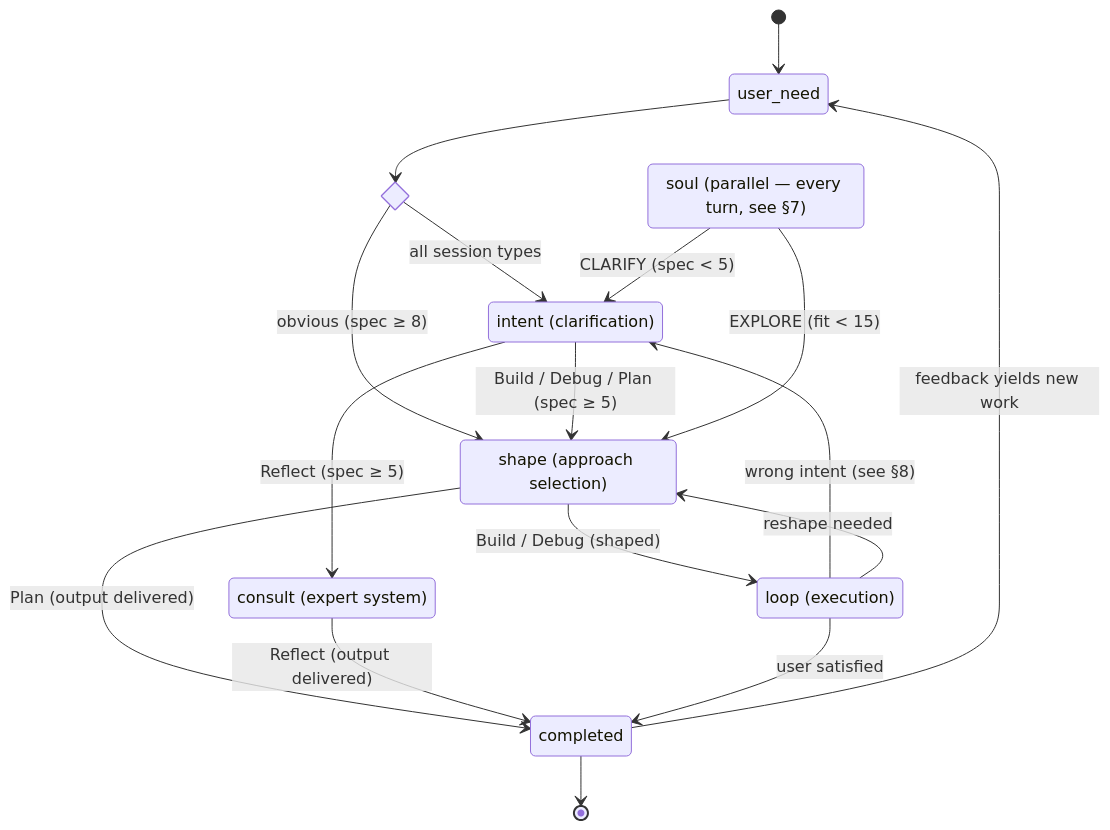
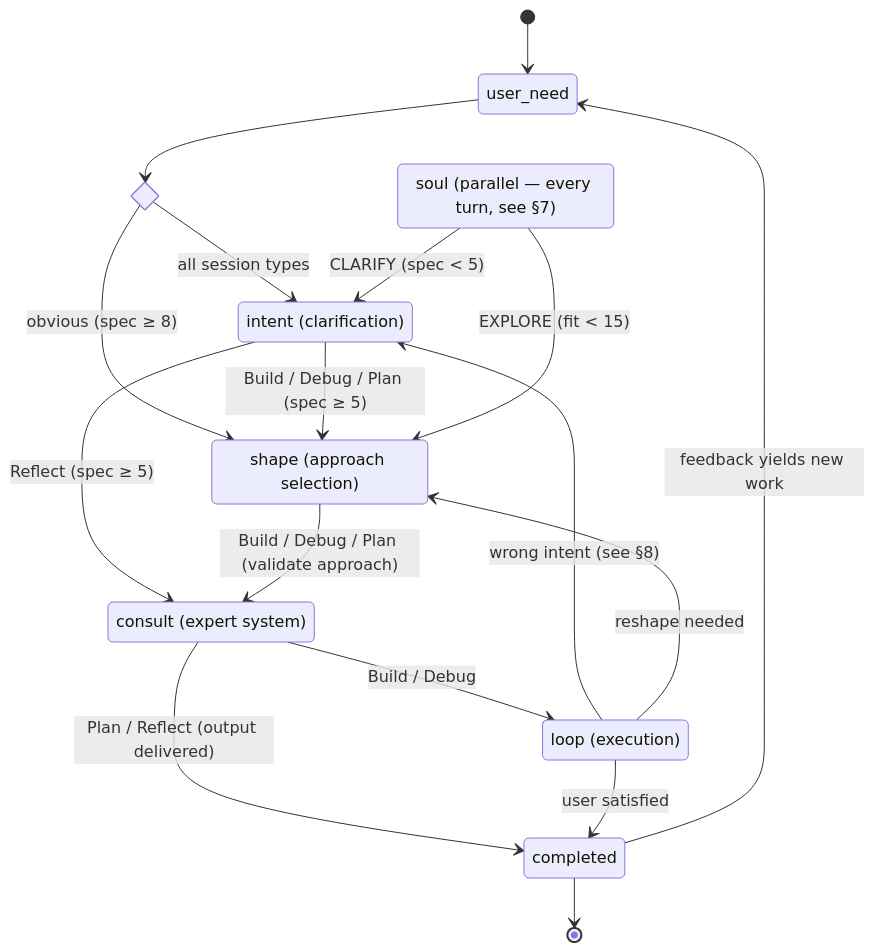
One commit to saadshahd/moo.md changed the first of 7 diagrams in docs/statechart.md. Above: the diagram before and after it, drawn with Mermaid. The commit also changed other lines of this file and 11 other files, not shown here.

````diff
--- a/docs/statechart.md
+++ b/docs/statechart.md
@@ -11,34 +11,34 @@
 ```mermaid
 stateDiagram-v2
   [*] --> user_need
 
   state "soul (parallel — every turn, see §7)" as soul
 
   state route <<choice>>
   user_need --> route
 
   state "intent (clarification)" as intent
   state "shape (approach selection)" as shape
   state "loop (execution)" as loop
   state "consult (expert system)" as consult
 
   route --> intent : all session types
   route --> shape : obvious (spec ≥ 8)
 
   intent --> shape : Build / Debug / Plan (spec ≥ 5)
   intent --> consult : Reflect (spec ≥ 5)
 
-  shape --> loop : Build / Debug (shaped)
-  shape --> completed : Plan (output delivered)
-  consult --> completed : Reflect (output delivered)
+  shape --> consult : Build / Debug / Plan (validate approach)
+  consult --> loop : Build / Debug
+  consult --> completed : Plan / Reflect (output delivered)
 
   loop --> completed : user satisfied
   completed --> [*]
   completed --> user_need : feedback yields new work
 
   soul --> intent : CLARIFY (spec < 5)
   soul --> shape : EXPLORE (fit < 15)
 
   loop --> intent : wrong intent (see §8)
   loop --> shape : reshape needed
 ```
````
